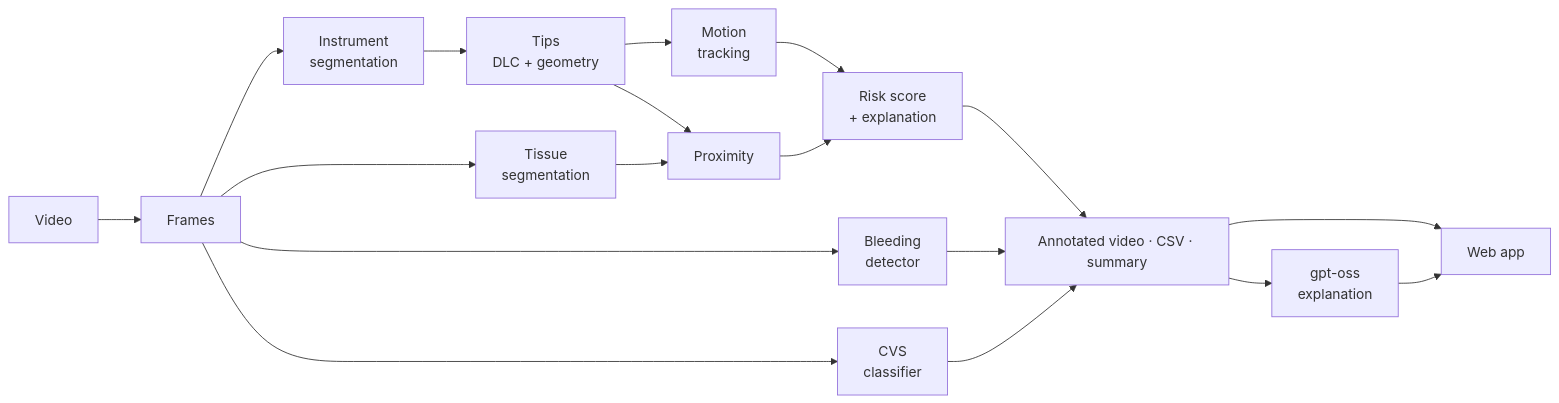
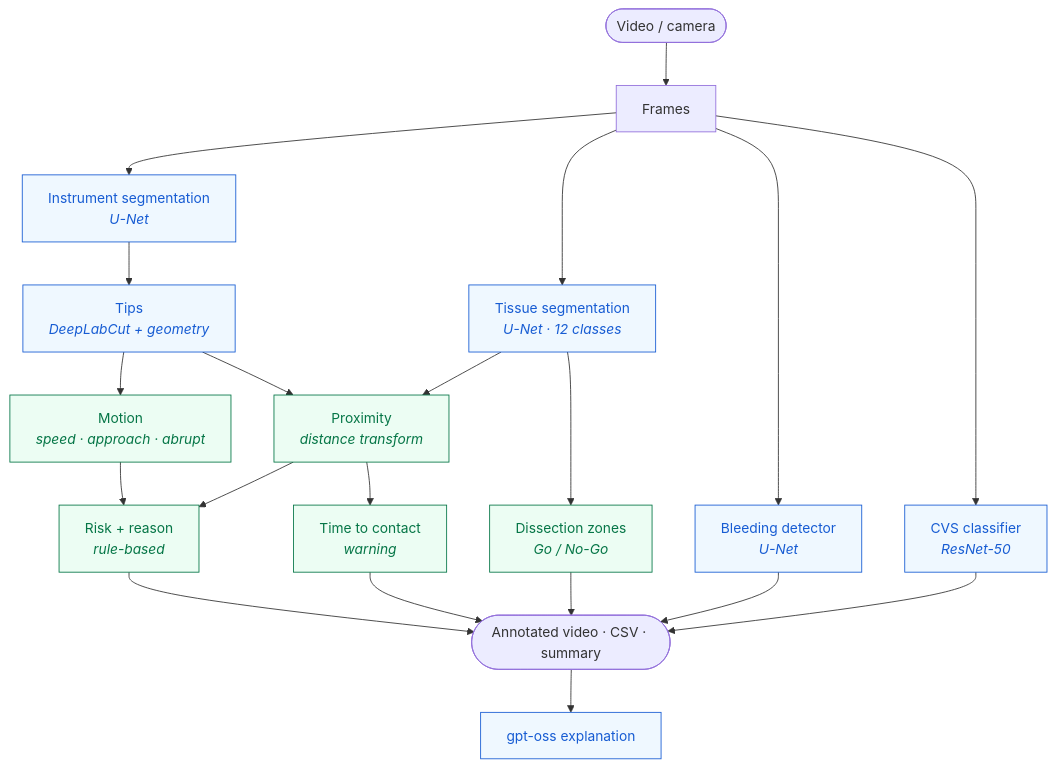
One commit to SeptuaJananiB/Prism_Endo changed the third of 4 diagrams in README.md. Above: the diagram before and after it, drawn with Mermaid. The commit also changed other lines of this file, not shown here.

Commit message:
README: new layout with at-a-glance example, diagrams, feature table, API reference and collapsible sections

````diff
--- a/README.md
+++ b/README.md
@@ -104,20 +142,27 @@
 ```mermaid
-flowchart LR
-    V[Video] --> F[Frames]
-    F --> I[Instrument<br/>segmentation]
-    F --> T[Tissue<br/>segmentation]
-    F --> B[Bleeding<br/>detector]
-    F --> C[CVS<br/>classifier]
-    I --> K[Tips<br/>DLC + geometry]
-    K --> M[Motion<br/>tracking]
-    K --> P[Proximity]
+flowchart TD
+    V([Video / camera]) --> F[Frames]
+    F --> I[Instrument segmentation<br/><i>U-Net</i>]
+    F --> T[Tissue segmentation<br/><i>U-Net · 12 classes</i>]
+    F --> BL[Bleeding detector<br/><i>U-Net</i>]
+    F --> CV[CVS classifier<br/><i>ResNet-50</i>]
+    I --> K[Tips<br/><i>DeepLabCut + geometry</i>]
+    K --> M[Motion<br/><i>speed · approach · abrupt</i>]
+    K --> P[Proximity<br/><i>distance transform</i>]
     T --> P
-    M --> R[Risk score<br/>+ explanation]
+    T --> Z[Dissection zones<br/><i>Go / No-Go</i>]
+    M --> R[Risk + reason<br/><i>rule-based</i>]
     P --> R
-    R --> O[Annotated video · CSV · summary]
-    B --> O
-    C --> O
-    O --> W[Web app]
-    O --> L[gpt-oss<br/>explanation]
-    L --> W
+    P --> W[Time to contact<br/><i>warning</i>]
+    R --> O([Annotated video · CSV · summary])
+    W --> O
+    Z --> O
+    BL --> O
+    CV --> O
+    O --> L[gpt-oss explanation]
+
+    classDef learned fill:#eff8ff,stroke:#175cd3,color:#175cd3
+    classDef det fill:#ecfdf3,stroke:#067647,color:#067647
+    class I,T,BL,CV,K,L learned
+    class M,P,Z,R,W det
 ```
````
